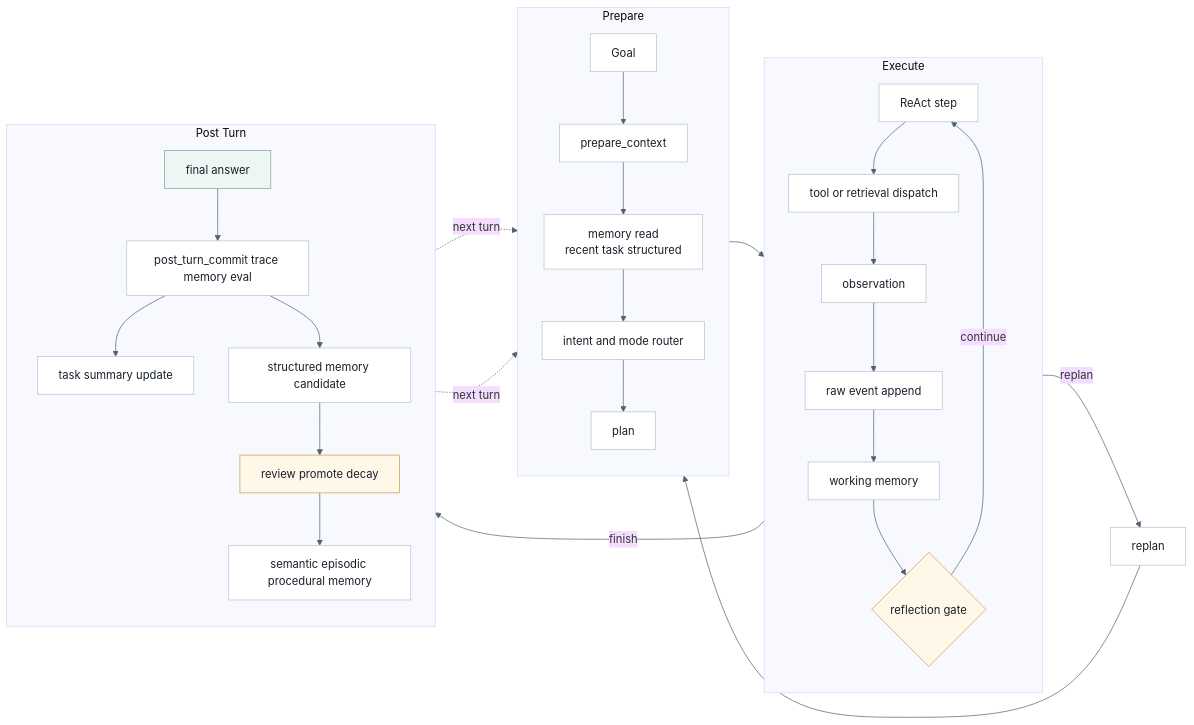
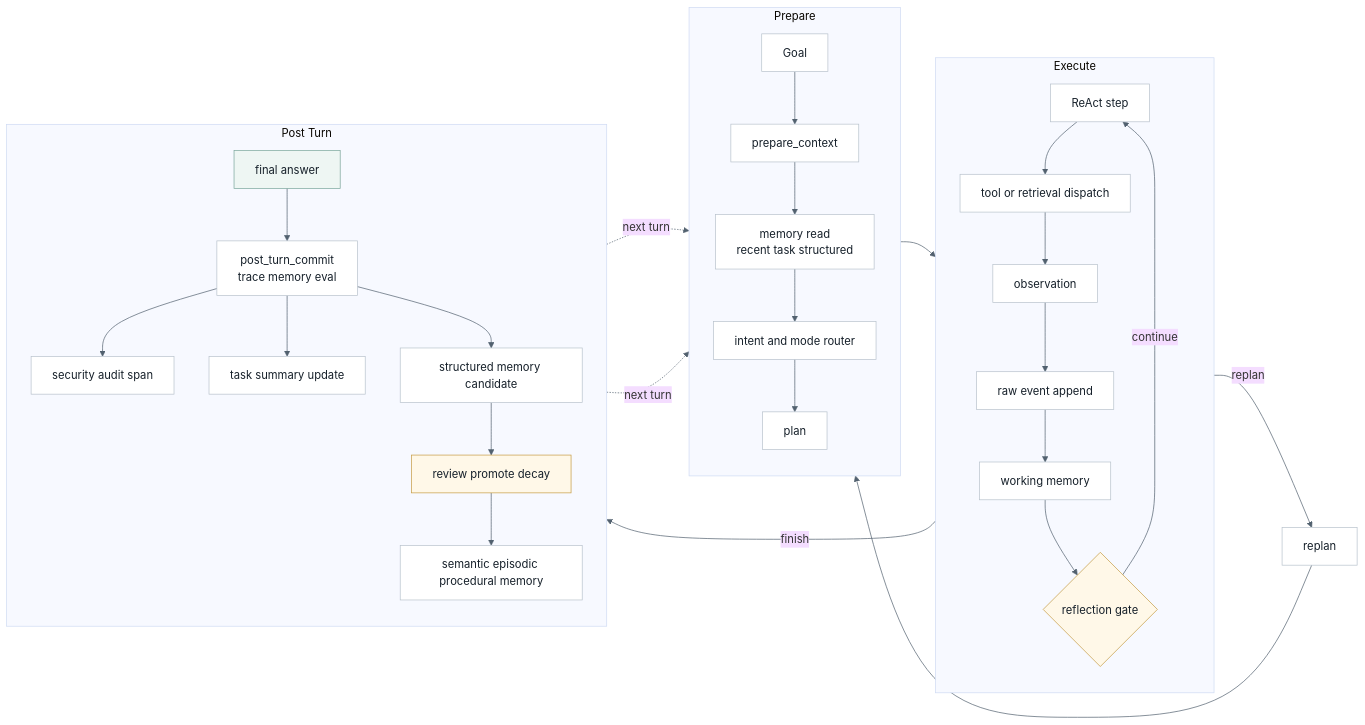
Before and after one commit to ProfessorZhi/Zuno: the tenth of 10 diagrams in docs/architecture/architecture.md, drawn with Mermaid. The commit also changed other lines of this file and 21 other files, not shown here.

Commit message:
docs: refresh architecture docs and diagrams

````diff
--- a/docs/architecture/architecture.md
+++ b/docs/architecture/architecture.md
@@ -1667,51 +1682,53 @@
 ```mermaid
 %%{init: {"theme": "base", "themeVariables": {"background": "#f7f8fb", "lineColor": "#52616f"}}}%%
 flowchart LR
   classDef node fill:#ffffff,stroke:#b8c2cc,stroke-width:1px,color:#16202a;
   classDef decision fill:#fff8e8,stroke:#c59b43,stroke-width:1px,color:#16202a;
   classDef accent fill:#eef6f3,stroke:#7aa59a,stroke-width:1px,color:#16202a;
 
   GOAL["Goal"]
   PREP["prepare_context"]
   READMEM["memory read<br/>recent task structured"]
   ROUTE["intent and mode router"]
   PLAN["plan"]
   STEP["ReAct step"]
   CALL["tool or retrieval dispatch"]
   OBS["observation"]
   RAW["raw event append"]
   WORK["working memory"]
   REFLECT{"reflection gate"}:::decision
   REPLAN["replan"]
   FINAL["final answer"]:::accent
-  COMMIT["post_turn_commit trace memory eval"]
+  COMMIT["post_turn_commit<br/>trace memory eval"]
+  AUDIT["security audit span"]
   SUMMARY["task summary update"]
   CAND["structured memory candidate"]
   REVIEW["review promote decay"]:::decision
   LONG["semantic episodic procedural memory"]
 
   subgraph PREPARE["Prepare"]
     direction TB
     GOAL --> PREP --> READMEM --> ROUTE --> PLAN
   end
 
   subgraph EXECUTE["Execute"]
     direction TB
     STEP --> CALL --> OBS --> RAW --> WORK --> REFLECT
   end
 
   subgraph POSTTURN["Post Turn"]
     direction TB
     FINAL --> COMMIT
+    COMMIT --> AUDIT
     COMMIT --> SUMMARY
     COMMIT --> CAND --> REVIEW --> LONG
   end
 
   PLAN --> STEP
   REFLECT -->|continue| STEP
   REFLECT -->|replan| REPLAN --> PLAN
   REFLECT -->|finish| FINAL
   SUMMARY -. next turn .-> READMEM
   LONG -. next turn .-> READMEM
-  class GOAL,PREP,READMEM,ROUTE,PLAN,STEP,CALL,OBS,RAW,WORK,REPLAN,COMMIT,SUMMARY,CAND,LONG node;
+  class GOAL,PREP,READMEM,ROUTE,PLAN,STEP,CALL,OBS,RAW,WORK,REPLAN,COMMIT,AUDIT,SUMMARY,CAND,LONG node;
 ```
````
